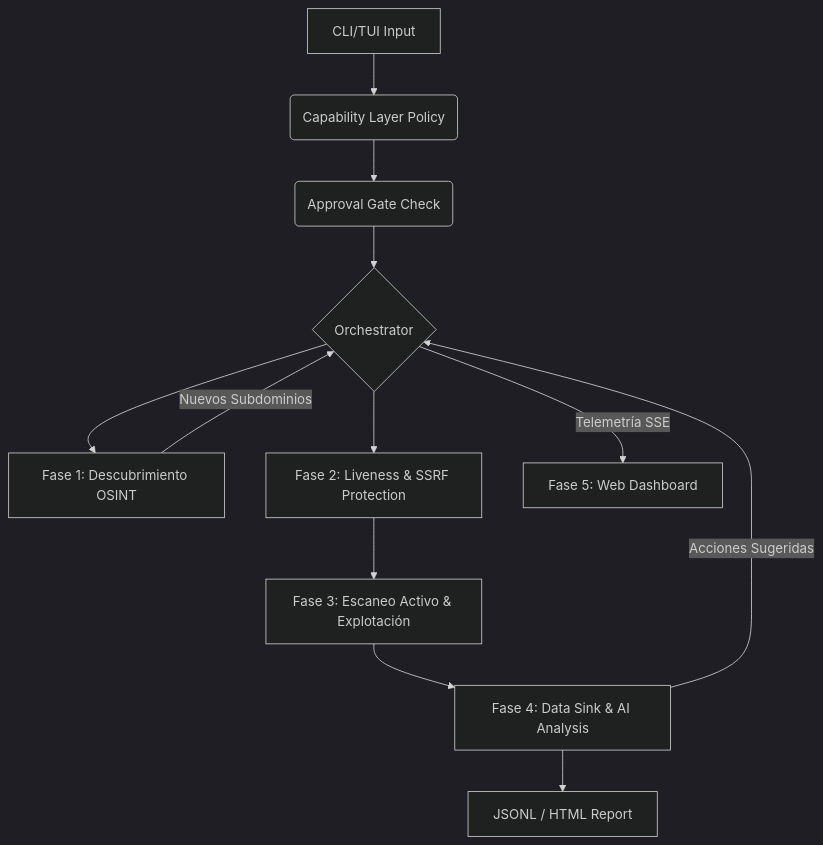
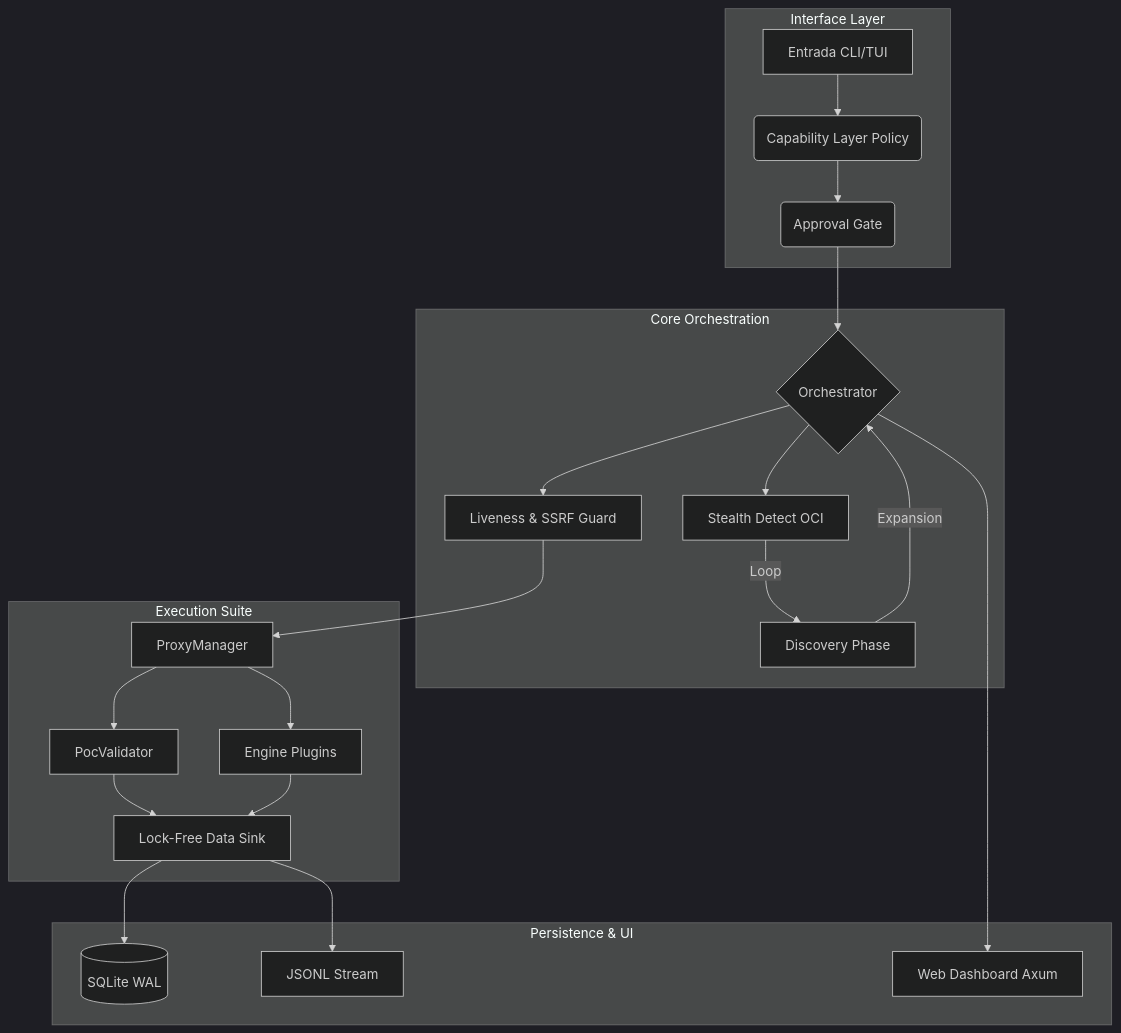
One commit to kripiman/OsintUltimate changed the first of 2 diagrams in redteam_rust_core/docs/ARCHITECTURE.md. Above: the diagram before and after it, drawn with Mermaid (dark theme). The commit also changed other lines of this file and 59 other files, not shown here.

Commit message:
feat: implement secret scrubbing engine, WAF policy framework, and enhanced PoC validation models

````diff
--- a/redteam_rust_core/docs/ARCHITECTURE.md
+++ b/redteam_rust_core/docs/ARCHITECTURE.md
@@ -22,14 +24,29 @@
 ```mermaid
 graph TD
-    A[CLI/TUI Input] --> B(Capability Layer Policy)
-    B --> C(Approval Gate Check)
-    C --> D{Orchestrator}
-    D --> E[Fase 1: Descubrimiento OSINT]
-    E -- Nuevos Subdominios --> D
-    D --> F[Fase 2: Liveness & SSRF Protection]
-    F --> G[Fase 3: Escaneo Activo & Explotación]
-    G --> H[Fase 4: Data Sink & AI Analysis]
-    H -- Acciones Sugeridas --> D
-    H --> I[JSONL / HTML Report]
-    D -- Telemetría SSE --> J[Fase 5: Web Dashboard]
+    subgraph "Interface Layer"
+        CLI[Entrada CLI/TUI] --> CL(Capability Layer Policy)
+        CL --> AG(Approval Gate)
+    end
+
+    subgraph "Core Orchestration"
+        AG --> ORC{Orchestrator}
+        ORC --> SD[Stealth Detect OCI]
+        SD -->|Loop| DIS[Discovery Phase]
+        DIS -->|Expansion| ORC
+        ORC --> LIV[Liveness & SSRF Guard]
+    end
+
+    subgraph "Execution Suite"
+        LIV --> PM[ProxyManager]
+        PM --> PV[PocValidator]
+        PM --> EN[Engine Plugins]
+        PV --> SINK[Lock-Free Data Sink]
+        EN --> SINK
+    end
+
+    subgraph "Persistence & UI"
+        SINK --> DB[(SQLite WAL)]
+        SINK --> JSON[JSONL Stream]
+        ORC --> DASH[Web Dashboard Axum]
+    end
 ```
````
